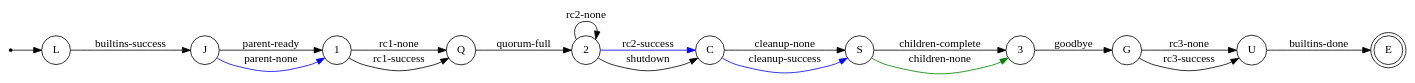
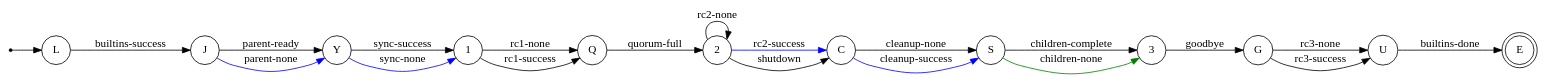
Before and after one commit to flux-framework/flux-core: the diagram in doc/guide/images/states_norm.dot, drawn with Graphviz. The commit also changed 2 other files, not shown here.

Commit message:
doc: add CONFIG_SYNC to broker state diagrams
Problem: the new CONFIG_SYNC state is not represented in broker
state diagrams.

Update the diagrams.

Change the inline image scale slightly to reduce aspect ratio
distortion.

```diff
--- a/doc/guide/images/states_norm.dot
+++ b/doc/guide/images/states_norm.dot
@@ -1,28 +1,30 @@
 // Usage: dot -Tpng file.dot -o file.png
 
 digraph finite_state_machine {
     rankdir=LR;
 
     node [shape = point ]; Start
     node [shape = doublecircle ]; E
 
     node [shape = circle];
     Start -> L;
     L -> J [ label = "builtins-success" ];
-    J -> 1 [ label = "parent-ready" ];
-    J -> 1 [ label = "parent-none", color = "blue" ];
+    J -> Y [ label = "parent-ready" ];
+    J -> Y [ label = "parent-none", color = "blue" ];
+    Y -> 1 [ label = "sync-success" ];
+    Y -> 1 [ label = "sync-none", color = "blue" ];
     1 -> Q [ label = "rc1-none" ];
     1 -> Q [ label = "rc1-success" ];
     Q -> 2 [ label = "quorum-full" ];
     2 -> 2 [ label = "rc2-none" ];
     2 -> C [ label = "rc2-success", color = "blue" ];
     2 -> C [ label = "shutdown" ];
     C -> S [ label = "cleanup-none" ];
     C -> S [ label = "cleanup-success", color = "blue" ];
     S -> 3 [ label = "children-complete" ];
     S -> 3 [ label = "children-none", color = "green" ];
     3 -> G [ label = "goodbye" ];
     G -> U [ label = "rc3-none" ];
     G -> U [ label = "rc3-success" ];
     U -> E [ label = "builtins-done" ];
 }
```
